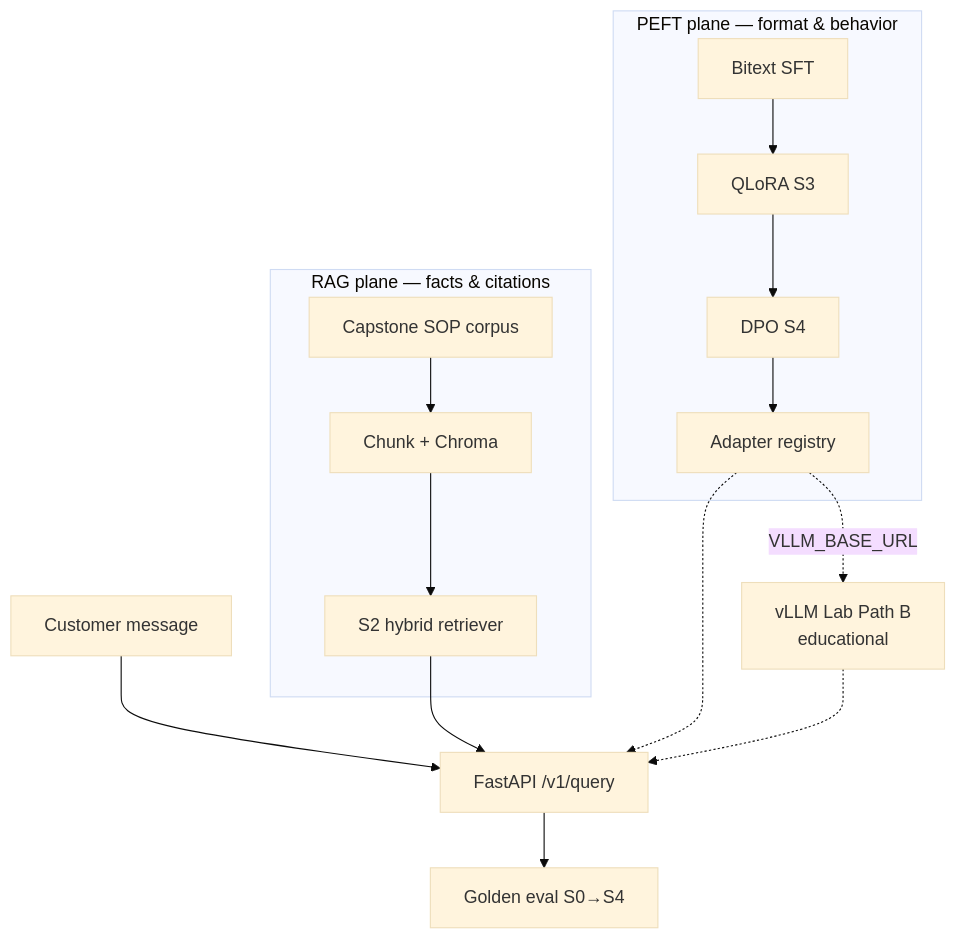
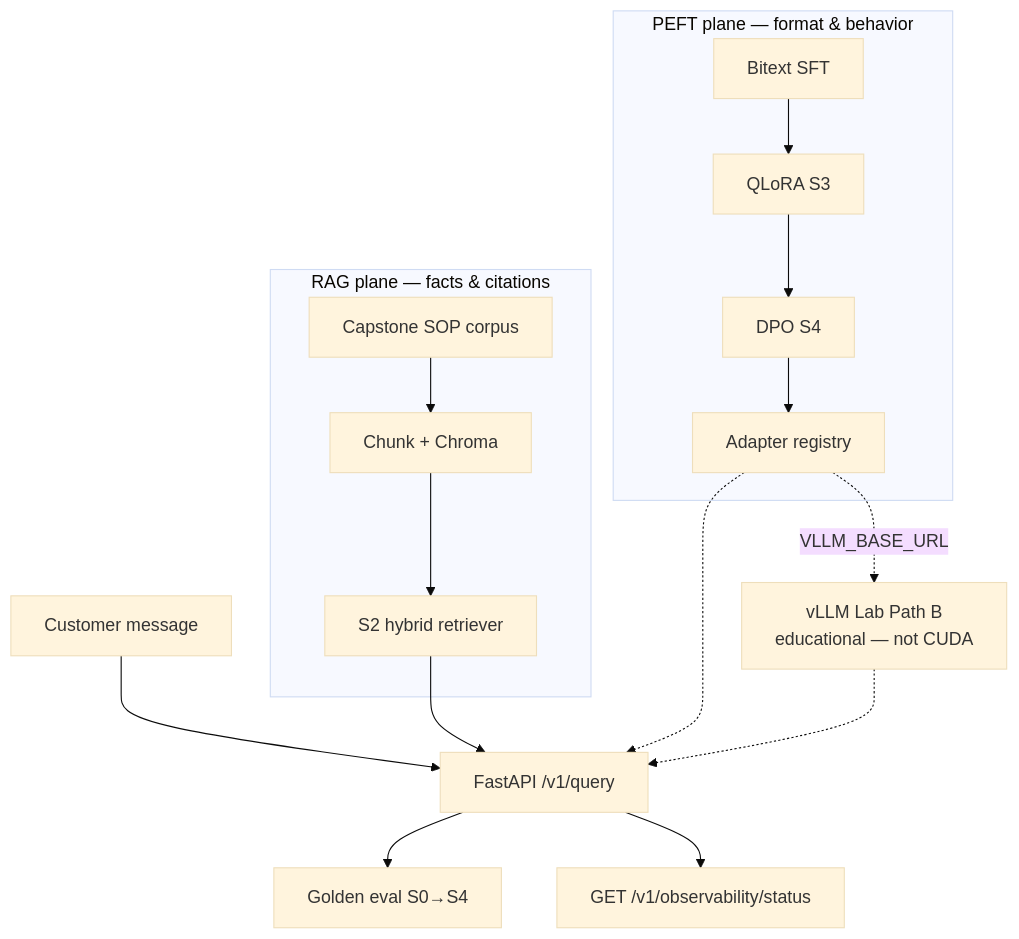
One commit to vpeetla-ai/domainforge-rag-peft changed the diagram in README.md. Above: the diagram before and after it, drawn with Mermaid (base theme). The commit also changed other lines of this file, not shown here.

````diff
--- a/README.md
+++ b/README.md
@@ -55,15 +57,16 @@
 ```mermaid
 flowchart TB
   subgraph facts["RAG plane — facts & citations"]
     SOP["Capstone SOP corpus"] --> CHUNK["Chunk + Chroma"] --> HYBRID["S2 hybrid retriever"]
   end
   subgraph behavior["PEFT plane — format & behavior"]
     BITEXT["Bitext SFT"] --> QLORA["QLoRA S3"] --> DPO["DPO S4"] --> REG["Adapter registry"]
   end
   MSG["Customer message"] --> API["FastAPI /v1/query"]
   HYBRID --> API
   REG -.-> API
-  REG -.->|"VLLM_BASE_URL"| VLLM["vLLM Lab Path B<br/>educational"]
+  REG -.->|"VLLM_BASE_URL"| VLLM["vLLM Lab Path B<br/>educational — not CUDA"]
   VLLM -.-> API
   API --> EVAL["Golden eval S0→S4"]
+  API --> ST["GET /v1/observability/status"]
 ```
````
